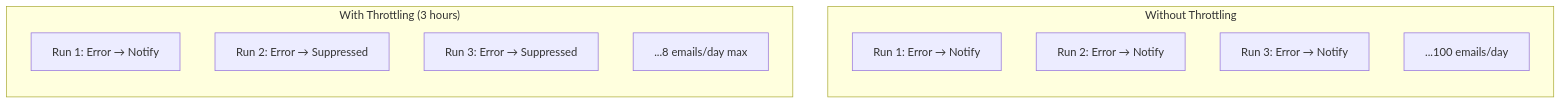
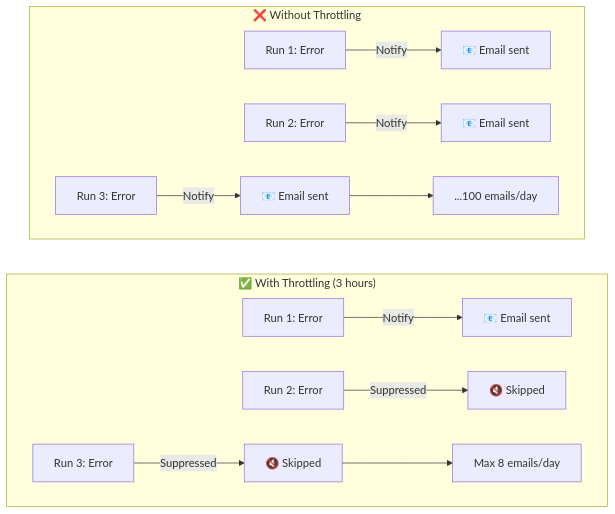
The diagram in docs/jobs/general.md (beshu-tech/anaphora-docs), drawn with Mermaid before and after one commit. The commit also changed 1 other file, not shown here.

Commit message:
Redesign notification throttling diagram for vertical layout
Previous horizontal side-by-side layout was unreadable on narrow screens.
New design shows the flow vertically with arrows and emoji indicators.

````diff
--- a/docs/jobs/general.md
+++ b/docs/jobs/general.md
@@ -54,18 +54,24 @@
 ```mermaid
-flowchart TB
-    subgraph without["Without Throttling"]
-        direction TB
-        w1["Run 1: Error → Notify"]
-        w2["Run 2: Error → Notify"]
-        w3["Run 3: Error → Notify"]
-        w4["...100 emails/day"]
+flowchart TD
+    subgraph without["❌ Without Throttling"]
+        w1["Run 1: Error"]
+        w1 -->|"Notify"| wn1["📧 Email sent"]
+        w2["Run 2: Error"]
+        w2 -->|"Notify"| wn2["📧 Email sent"]
+        w3["Run 3: Error"]
+        w3 -->|"Notify"| wn3["📧 Email sent"]
+        wn3 --> wr["...100 emails/day"]
     end
 
-    subgraph with["With Throttling (3 hours)"]
-        direction TB
-        t1["Run 1: Error → Notify"]
-        t2["Run 2: Error → Suppressed"]
-        t3["Run 3: Error → Suppressed"]
-        t4["...8 emails/day max"]
+    subgraph with["✅ With Throttling (3 hours)"]
+        t1["Run 1: Error"]
+        t1 -->|"Notify"| tn1["📧 Email sent"]
+        t2["Run 2: Error"]
+        t2 -->|"Suppressed"| ts2["🔇 Skipped"]
+        t3["Run 3: Error"]
+        t3 -->|"Suppressed"| ts3["🔇 Skipped"]
+        ts3 --> tr["Max 8 emails/day"]
     end
+
+    without ~~~ with
 ```
````
